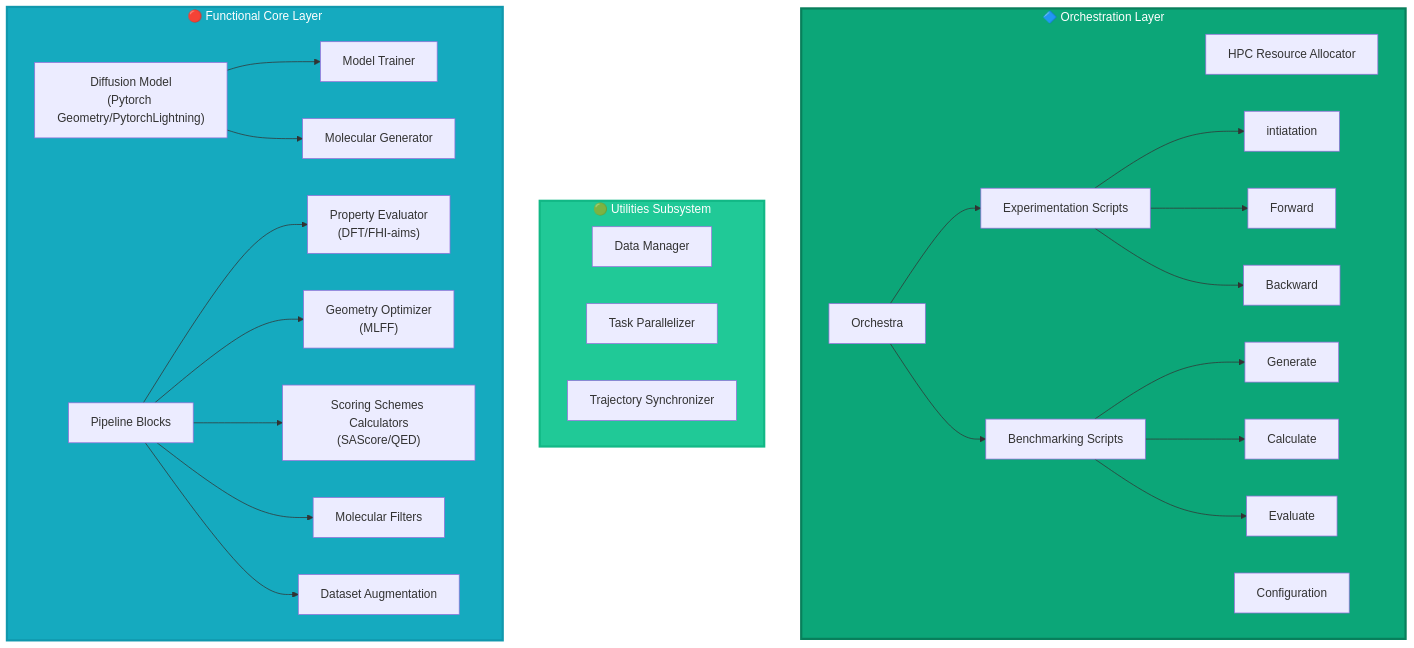
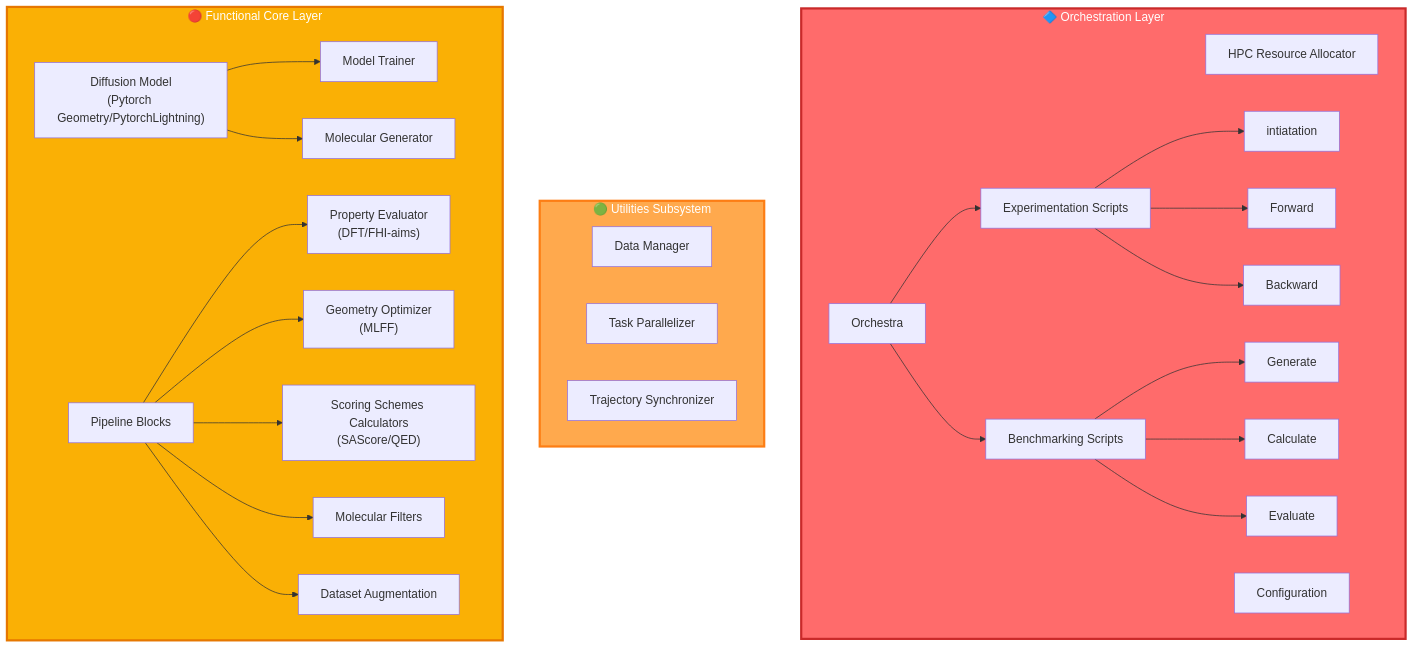
Before and after one commit to lmedranos/qalpa: the second of 2 diagrams in README.md, drawn with Mermaid.

````diff
--- a/README.md
+++ b/README.md
@@ -97,56 +97,56 @@
 ```mermaid
 graph TB
     subgraph orchestration["🔷 Orchestration Layer"]
         hpc["HPC Resource Allocator"]
         config["Configuration"]
         orc["Orchestra"]
         Expsc["Experimentation Scripts"]
         initsc["intiatation"]
         forsc["Forward"]
         bacsc["Backward"]
         Evalsc["Benchmarking Scripts"]
         gensc["Generate"]
         calsc["Calculate"]
         evalsc["Evaluate"]
 
     end
 
     Expsc --> initsc
     Expsc --> forsc
     Expsc --> bacsc
     Evalsc --> gensc
     Evalsc --> calsc
     Evalsc --> evalsc
     orc --> Expsc
     orc --> Evalsc
    
 
     subgraph utilities["🟢 Utilities Subsystem"]
         data["Data Manager"]
         parallel["Task Parallelizer"]
         sync["Trajectory Synchronizer"]
     end
     
     subgraph functional["🔴 Functional Core Layer"]
         Diff["Diffusion Model<br/>(Pytorch Geometry/PytorchLightning)"]
         train["Model Trainer"]
         gen["Molecular Generator"]
         Pipeb["Pipeline Blocks"]
         eval["Property Evaluator<br/>(DFT/FHI-aims)"]
         opt["Geometry Optimizer<br/>(MLFF)"]
         sco["Scoring Schemes Calculators<br/>(SAScore/QED)"]
         sel["Molecular Filters"]
         Aug["Dataset Augmentation"]
     end
     Diff --> train
     Diff --> gen
     Pipeb --> eval
     Pipeb --> opt
     Pipeb --> sco
     Pipeb --> sel
     Pipeb --> Aug
     
-    style orchestration fill:#0ca678,stroke:#087f5b,stroke-width:3px,color:#fff
-    style utilities fill:#20c997,stroke:#12b886,stroke-width:3px,color:#fff
-    style functional fill:#15aabf,stroke:#1098ad,stroke-width:3px,color:#fff
+    style orchestration fill:#ff6b6b,stroke:#c92a2a,stroke-width: 3px,color:#fff
+    style utilities fill:#ffa94d,stroke:#fd7e14,stroke-width: 3px,color:#fff
+    style functional fill:#fab005,stroke:#e67700,stroke-width:3px,color:#fff
 ```
````
